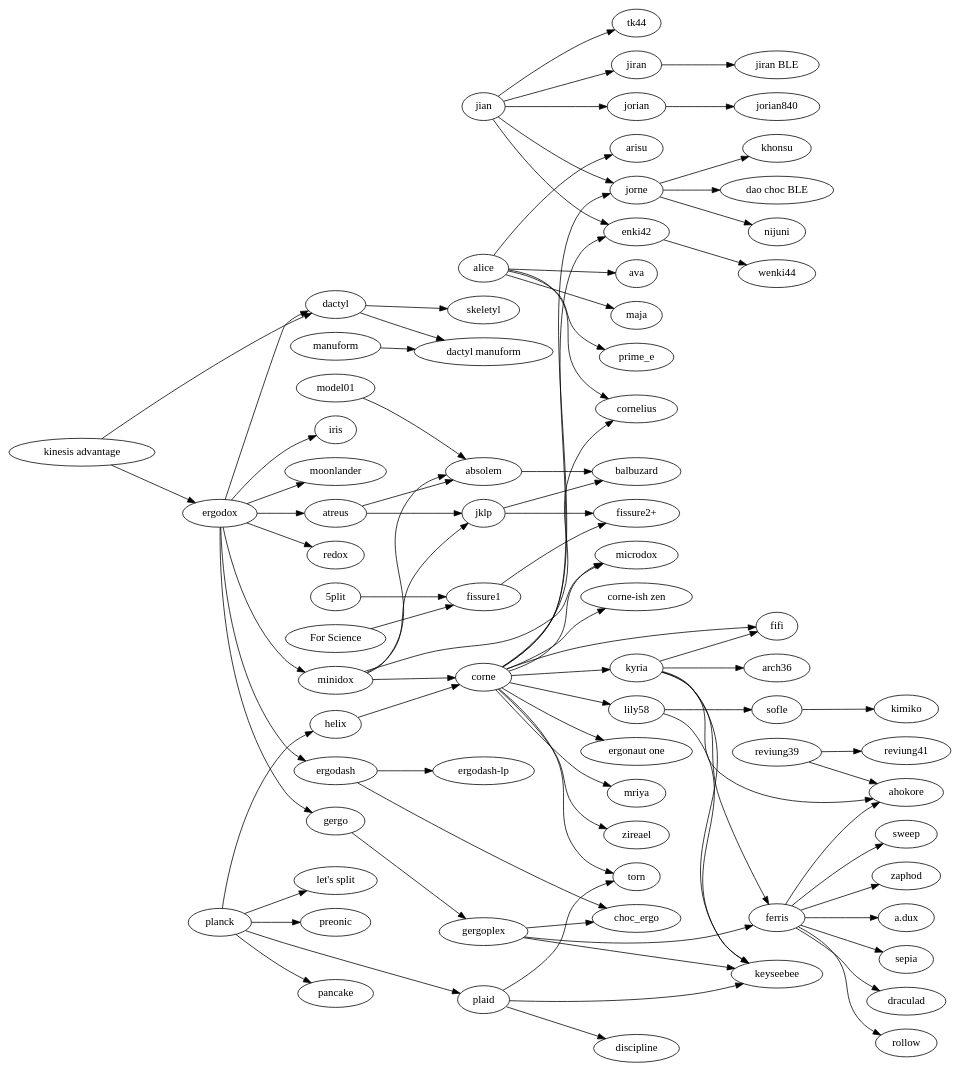
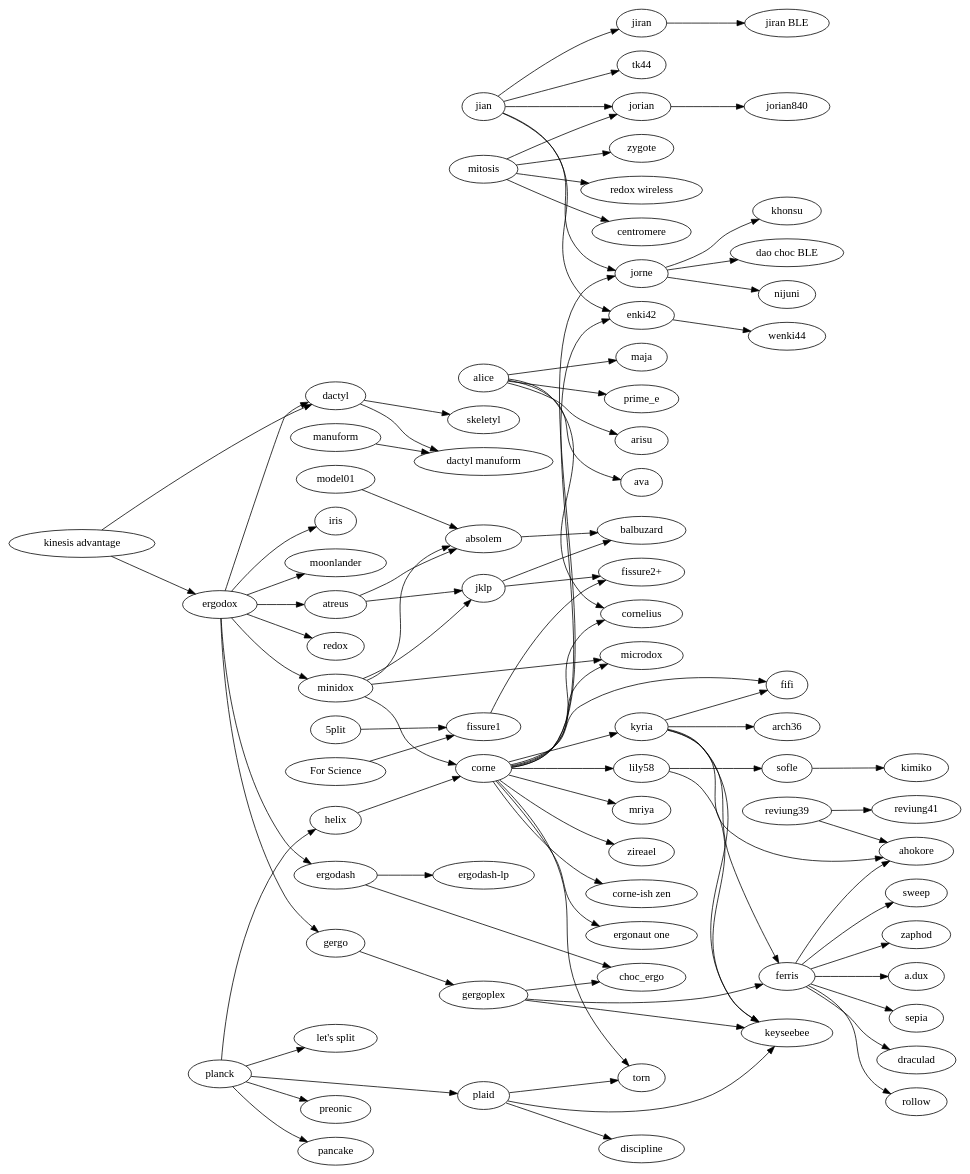
The diagram in tree.gv (joric/graph), drawn with Graphviz before and after one commit.

```diff
--- a/tree.gv
+++ b/tree.gv
@@ -1,155 +1,162 @@
 digraph {
   rankdir=LR;
 
   subgraph splits {
     helix -> corne;
     enki42->wenki44;
     jiran->"jiran BLE";
     jorian->jorian840;
 
     jian -> {
       jorian;
       jorne;
       jiran;
       enki42;
       tk44;
     }
 
     jorne -> {
       nijuni;
       khonsu;
       "dao choc BLE";
+    }
+
+    mitosis -> {
+      "redox wireless";
+      centromere;
+      zygote;
+      jorian;
     }
 
     corne -> {
       "corne-ish zen";
       cornelius;
       fifi;
       kyria;
       lily58;
       microdox;
       torn;
       jorne;
       "ergonaut one";
       mriya;
       zireael;
       enki42;
     };
 
     lily58 -> {
       keyseebee;
       sofle;
     };
 
     kyria -> {
         ahokore;
         arch36;
         ferris;
         fifi;
         keyseebee;
     };
 
     "kinesis advantage" -> {
       ergodox;
       dactyl;
     };
 
     ergodox -> {
       atreus;
       dactyl;
       ergodash;
       gergo;
       iris;
       minidox;
       moonlander;
       redox;
     };
 
     ergodash -> {
       "ergodash-lp";
       choc_ergo;
     };
 
     gergo -> gergoplex;
     gergoplex -> {
       choc_ergo;
       ferris;
       keyseebee;
     };
 
     ferris -> {
       ahokore;
       sepia;
       draculad;
       rollow;
       sweep;
       zaphod;
       "a.dux";
     };
 
     manuform -> "dactyl manuform";
 
     minidox -> {
       absolem;
       corne;
       microdox;
       jklp;
     };
 
     model01 -> {
       absolem;
     };
 
     sofle -> kimiko;
 
     "5plit" -> "fissure1";
     "For Science" -> "fissure1";
     fissure1 -> "fissure2+";
     jklp -> "fissure2+";
   }
 
   subgraph unibody {
     atreus -> {
       absolem;
       jklp;
     };
     jklp -> balbuzard;
     absolem -> balbuzard;
     reviung39 -> {
       ahokore;
       reviung41;
     };
   };
 
   subgraph ortholinear {
     plaid -> {
       discipline;
       keyseebee;
       torn;
     };
     planck -> {
       helix;
       "let's split";
       plaid;
       preonic;
       pancake;
     };
   }
 
   subgraph {
     dactyl -> {
       "dactyl manuform";
       skeletyl;
     }
   }
 
   subgraph alicefamily {
     alice -> {
       arisu;
       ava;
       cornelius;
       maja;
       prime_e;
     }
   }
 }
```
